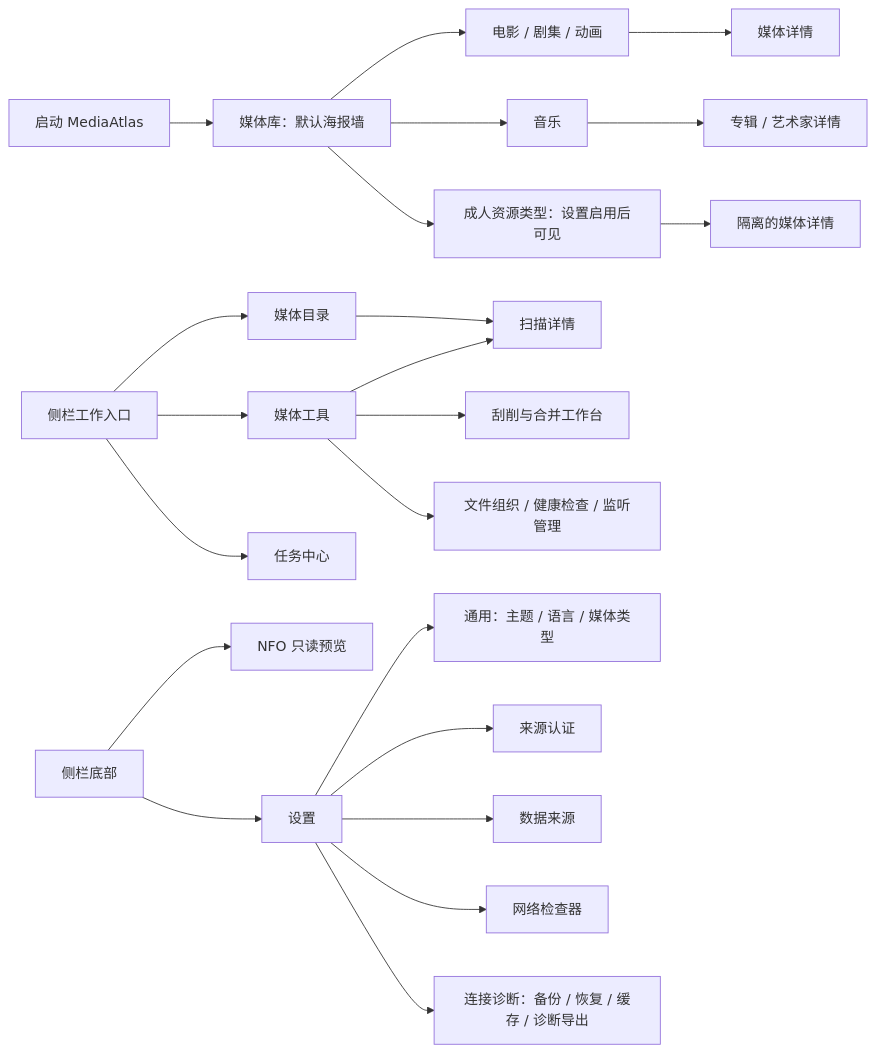
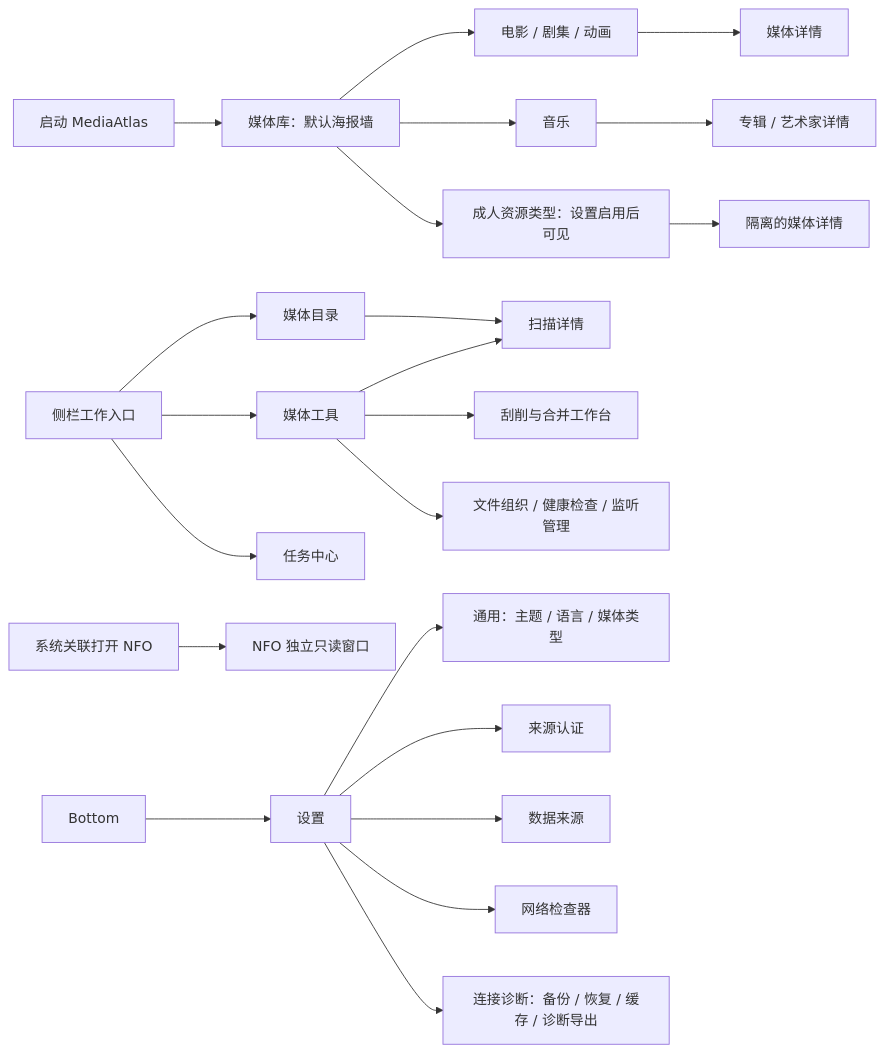
The first of 6 diagrams in docs/product-flow-uiux.md (susanforme/MediaAtlas), drawn with Mermaid before and after one commit. The commit also changed other lines of this file and 15 other files, not shown here.

````diff
--- a/docs/product-flow-uiux.md
+++ b/docs/product-flow-uiux.md
@@ -11,26 +11,26 @@
 ```mermaid
 flowchart LR
     Start[启动 MediaAtlas] --> Library[媒体库：默认海报墙]
     Library --> Types[电影 / 剧集 / 动画]
     Library --> Music[音乐]
     Library --> Adult[成人资源类型：设置启用后可见]
     Types --> Detail[媒体详情]
     Adult --> AdultDetail[隔离的媒体详情]
     Music --> Album[专辑 / 艺术家详情]
 
     Nav[侧栏工作入口] --> Roots[媒体目录]
     Nav --> Tools[媒体工具]
     Nav --> Tasks[任务中心]
     Roots --> Scanner[扫描详情]
     Tools --> Scanner
     Tools --> Scraper[刮削与合并工作台]
     Tools --> Organize[文件组织 / 健康检查 / 监听管理]
 
-    Bottom[侧栏底部] --> NFO[NFO 只读预览]
+    System[系统关联打开 NFO] --> NFO[NFO 独立只读窗口]
     Bottom --> Settings[设置]
     Settings --> General[通用：主题 / 语言 / 媒体类型]
     Settings --> Auth[来源认证]
     Settings --> Providers[数据来源]
     Settings --> Network[网络检查器]
     Settings --> Diagnostics[连接诊断：备份 / 恢复 / 缓存 / 诊断导出]
 ```
````
